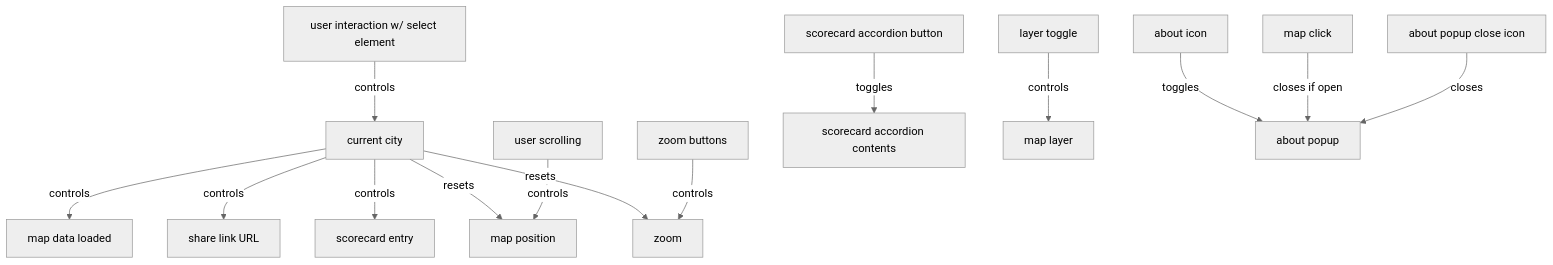
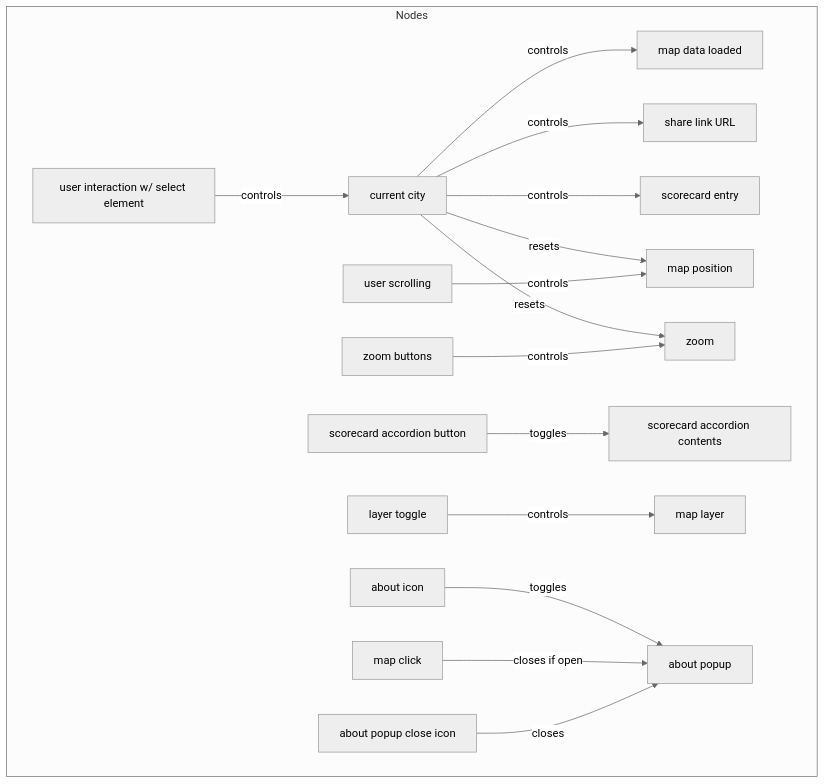
Before and after one commit to ParkingReformNetwork/parking-lot-map: the diagram in README.md, drawn with Mermaid (neutral theme).

Commit message:
Make Mermaid diagram more readable (#248)
Separates out the node definitions from the relationships. The end
result is the same.

````diff
--- a/README.md
+++ b/README.md
@@ -143,20 +143,37 @@
 ```mermaid
 graph TD
-    F[user interaction w/ select element] -->|controls| A
+    subgraph Nodes
+        A[current city]
+        B[map data loaded]
+        C[share link URL]
+        D[scorecard entry]
+        E[map position]
+        F[user interaction w/ select element]
+        G[zoom]
+        H[user scrolling]
+        R[zoom buttons]
+        J[scorecard accordion button]
+        K[scorecard accordion contents]
+        L[layer toggle]
+        M[map layer]
+        N[about icon]
+        O[about popup]
+        P[map click]
+        Q[about popup close icon]
+    end
 
-    A[current city] -->|controls| B[map data loaded]
-    A -->|controls| C[share link URL]
-    A -->|controls| D[scorecard entry]
-    A -->|resets| E[map position]
-    A -->|resets| G[zoom]
-
-    H[user scrolling] -->|controls| E
-
-    R[zoom buttons] -->|controls| G[zoom]
-    J[scorecard accordion button] -->|toggles| K[scorecard accordion contents]
-    L[layer toggle] -->|controls| M[map layer]
-
-    N[about icon] -->|toggles| O[about popup]
-    P[map click] -->|closes if open| O
-    Q[about popup close icon] -->|closes| O
+    %% Relationships
+    F -->|controls| A
+    A -->|controls| B
+    A -->|controls| C
+    A -->|controls| D
+    A -->|resets| E
+    A -->|resets| G
+    H -->|controls| E
+    R -->|controls| G
+    J -->|toggles| K
+    L -->|controls| M
+    N -->|toggles| O
+    P -->|closes if open| O
+    Q -->|closes| O
 ```
````
